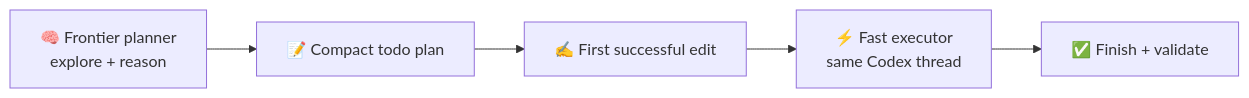
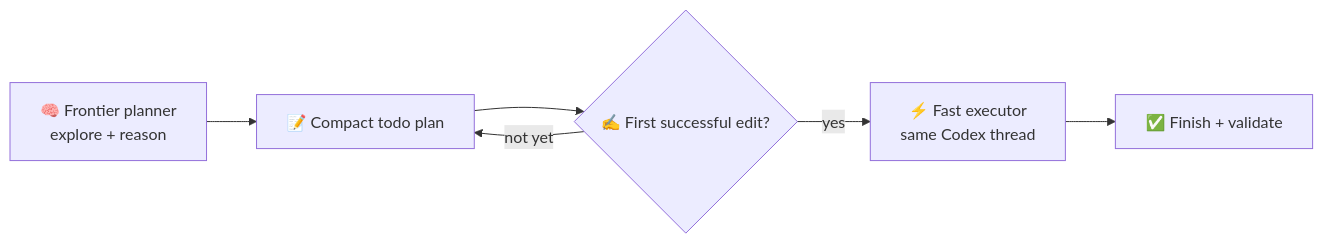
Before and after one commit to vivekascoder/codex-prewalk: the first of 2 diagrams in README.md, drawn with Mermaid. The commit also changed other lines of this file, not shown here.

````diff
--- a/README.md
+++ b/README.md
@@ -70,7 +71,8 @@
 ```mermaid
 flowchart LR
     A["🧠 Frontier planner<br/>explore + reason"] --> B["📝 Compact todo plan"]
-    B --> C["✍️ First successful edit"]
-    C --> D["⚡ Fast executor<br/>same Codex thread"]
+    B --> C{"✍️ First successful edit?"}
+    C -- "not yet" --> B
+    C -- "yes" --> D["⚡ Fast executor<br/>same Codex thread"]
     D --> E["✅ Finish + validate"]
 ```
````
